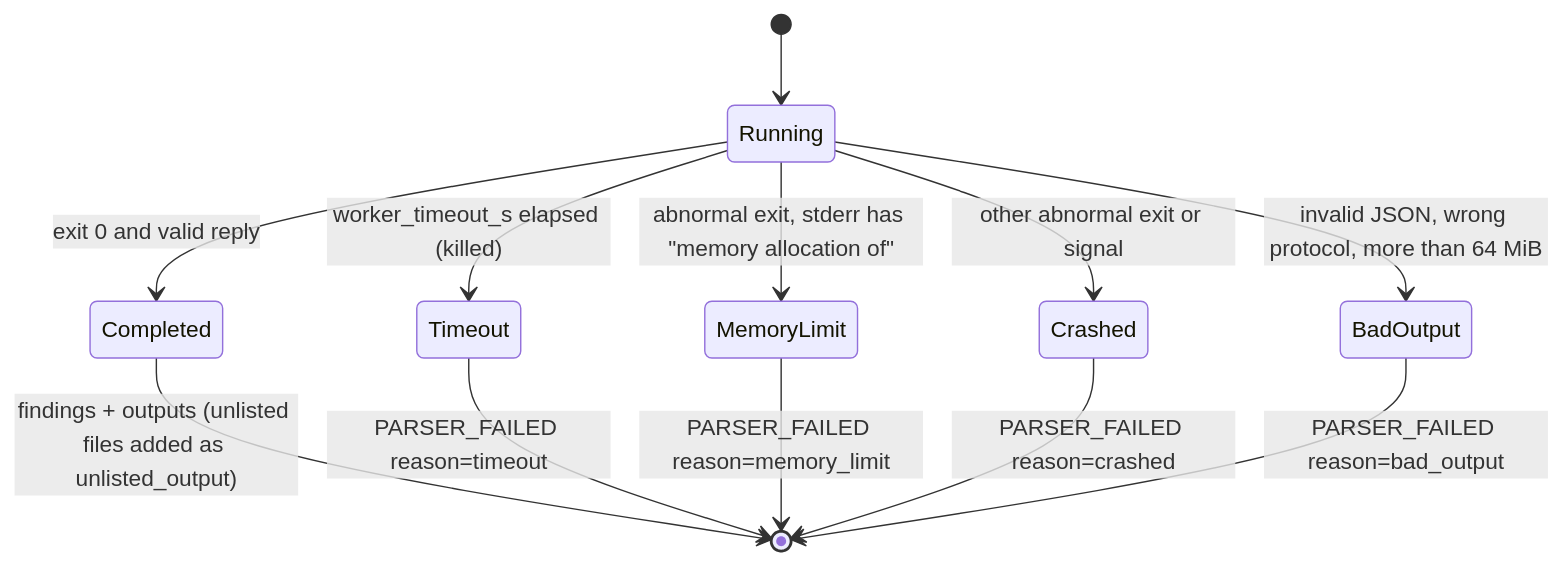
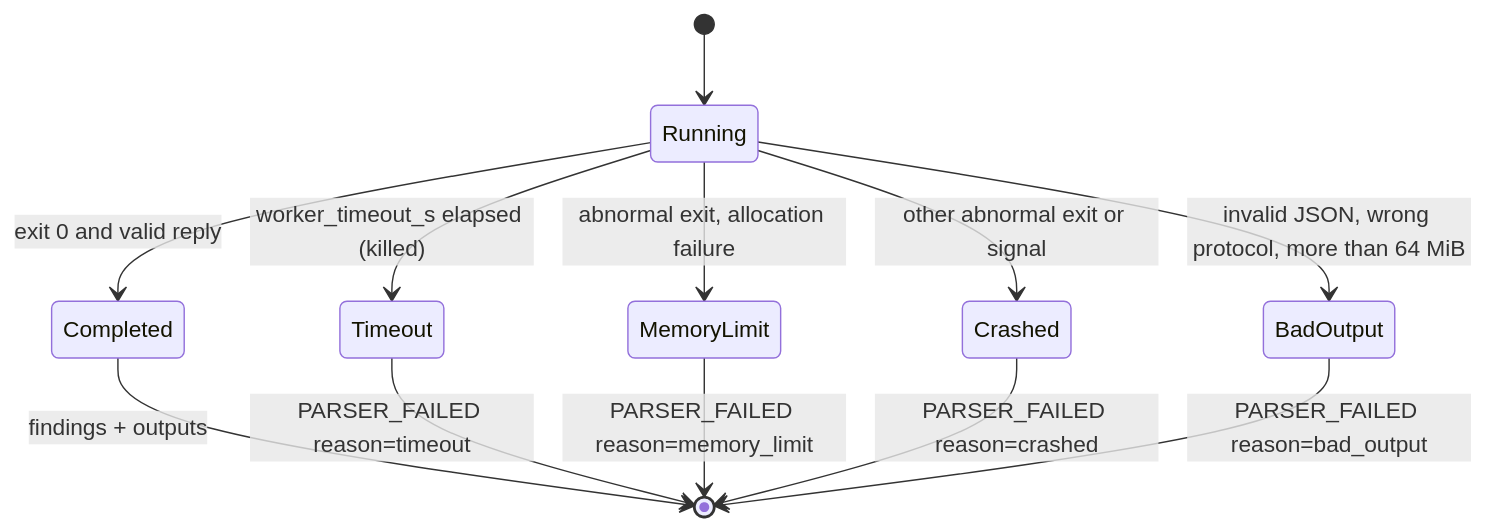
The fifth of 5 diagrams in docs/theory.md (Panacota96/rv-imgauth), drawn with Mermaid before and after one commit. The commit also changed other lines of this file and 17 other files, not shown here.

````diff
--- a/docs/theory.md
+++ b/docs/theory.md
@@ -764,14 +724,14 @@
 ```mermaid
 stateDiagram-v2
     [*] --> Running
     Running --> Completed: exit 0 and valid reply
     Running --> Timeout: worker_timeout_s elapsed (killed)
-    Running --> MemoryLimit: abnormal exit, stderr has "memory allocation of"
+    Running --> MemoryLimit: abnormal exit, allocation failure
     Running --> Crashed: other abnormal exit or signal
     Running --> BadOutput: invalid JSON, wrong protocol, more than 64 MiB
-    Completed --> [*]: findings + outputs (unlisted files added as unlisted_output)
+    Completed --> [*]: findings + outputs
     Timeout --> [*]: PARSER_FAILED reason=timeout
     MemoryLimit --> [*]: PARSER_FAILED reason=memory_limit
     Crashed --> [*]: PARSER_FAILED reason=crashed
     BadOutput --> [*]: PARSER_FAILED reason=bad_output
 ```
````
